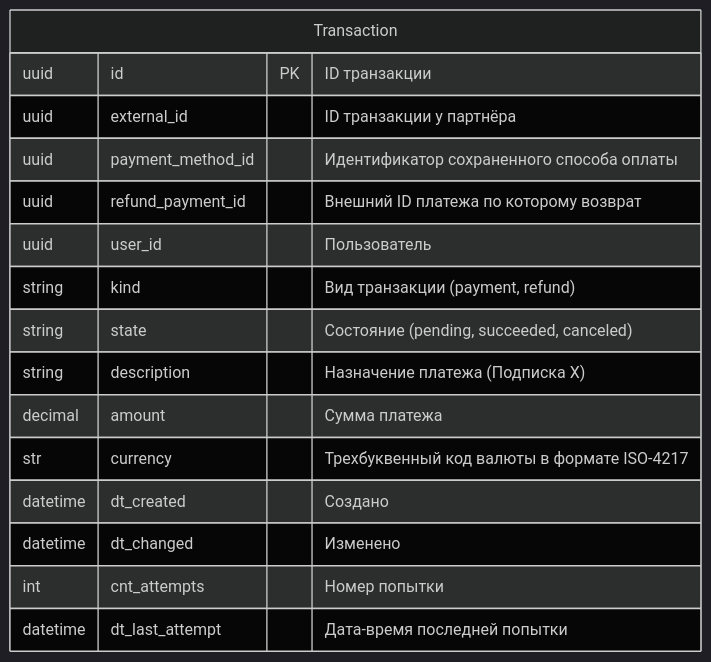
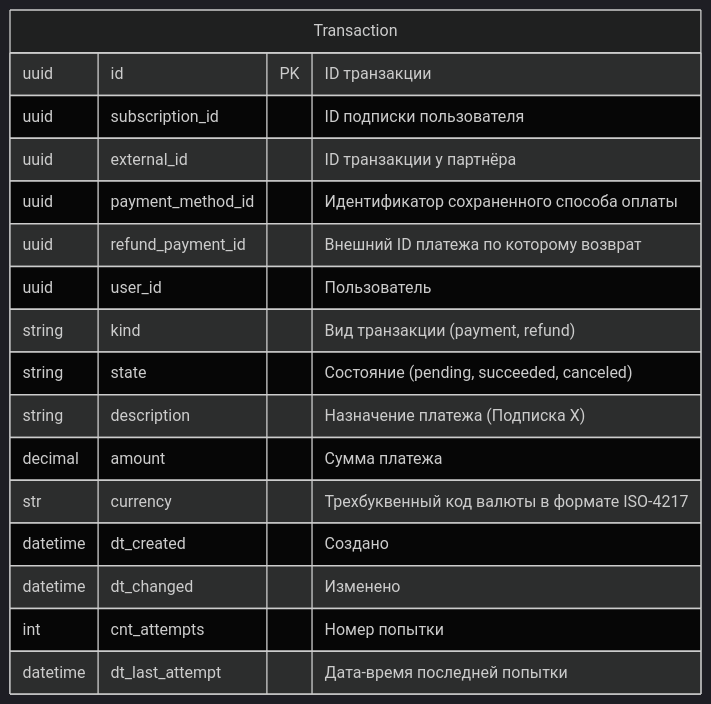
One commit to smb13/graduate_work changed the diagram in architecture/relation_diagrams/erd_billing.md. Above: the diagram before and after it, drawn with Mermaid (dark theme). The commit also changed 5 other files, not shown here.

````diff
--- a/architecture/relation_diagrams/erd_billing.md
+++ b/architecture/relation_diagrams/erd_billing.md
@@ -3,19 +3,20 @@
 ```mermaid
 erDiagram
     transaction["Transaction"] {
         uuid id PK "ID транзакции"
+        uuid subscription_id "ID подписки пользователя"
         uuid external_id "ID транзакции у партнёра"
         uuid payment_method_id "Идентификатор сохраненного способа оплаты"
         uuid refund_payment_id "Внешний ID платежа по которому возврат"
         uuid user_id "Пользователь"
         string kind "Вид транзакции (payment, refund)"
         string state "Состояние (pending, succeeded, canceled)" 
         string description "Назначение платежа (Подписка X)"
         decimal amount "Сумма платежа"
         str currency "Трехбуквенный код валюты в формате ISO-4217"
         datetime dt_created "Создано"
         datetime dt_changed "Изменено"
         int cnt_attempts "Номер попытки"
         datetime dt_last_attempt "Дата-время последней попытки"
     }
 ```
````
